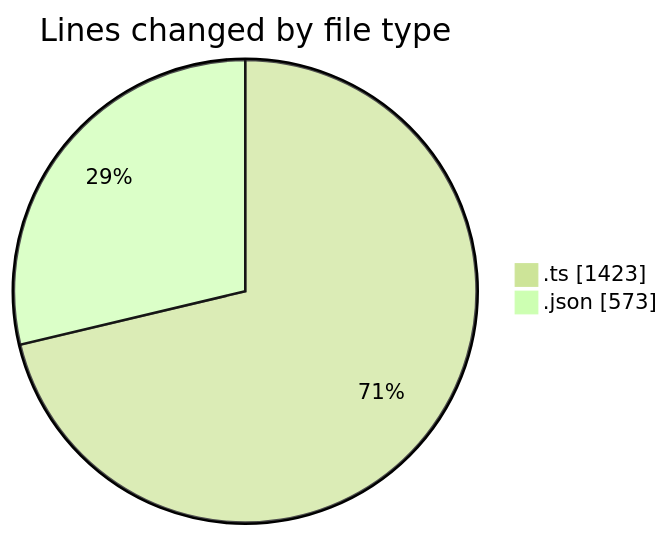
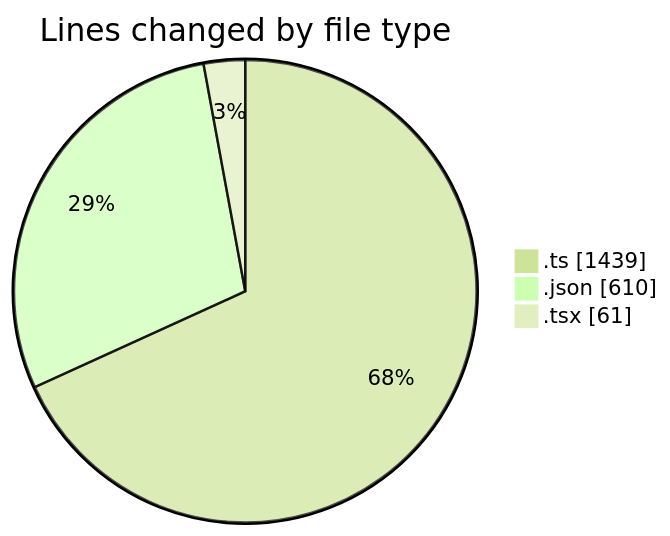
Before and after one commit to momahboobian/code-tracking: the first of 2 diagrams in 2025-10-22/cda/README.md, drawn with Mermaid (forest theme). The commit also changed other lines of this file and 1 other file, not shown here.

````diff
--- a/2025-10-22/cda/README.md
+++ b/2025-10-22/cda/README.md
@@ -25,6 +28,7 @@
 ```mermaid
 pie showData
 title Lines changed by file type
-".ts" : 1423
-".json" : 573
+".ts" : 1439
+".json" : 610
+".tsx" : 61
 ```
````
